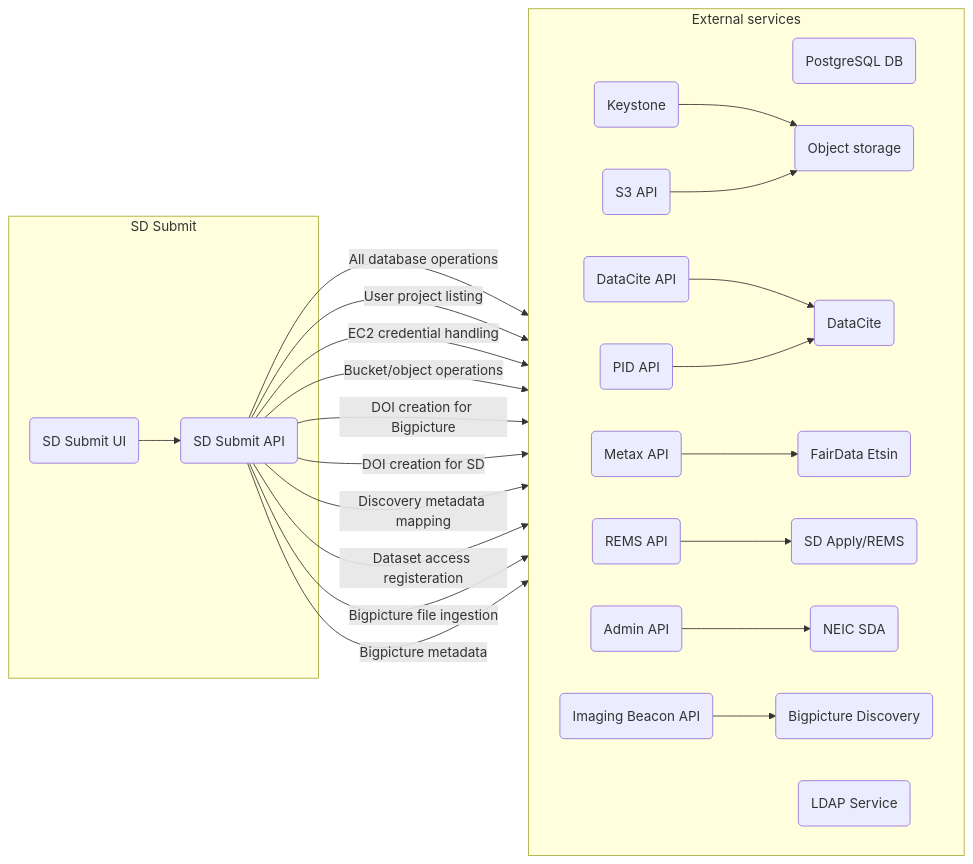
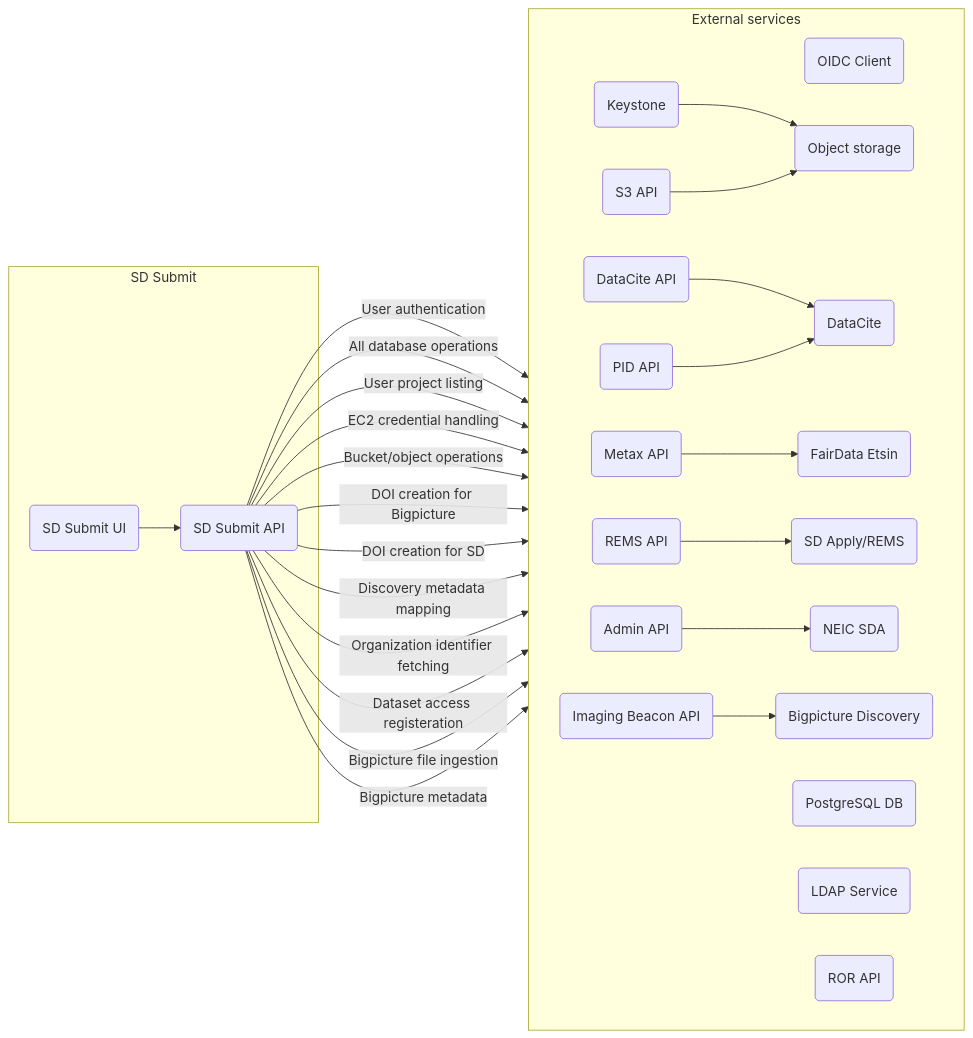
Before and after one commit to CSCfi/metadata-submitter: the diagram in README.md, drawn with Mermaid. The commit also changed other lines of this file and 1 other file, not shown here.

````diff
--- a/README.md
+++ b/README.md
@@ -26,19 +27,21 @@
 ```mermaid
 flowchart LR
     subgraph SD Submit
         UI(SD Submit UI) --> API(SD Submit API)
     end
     subgraph External services
         direction LR
+        API -->|User authentication| OIDC(OIDC Client)
         API -->|All database operations| Postgres(PostgreSQL DB)
         API -->|User project listing| LDAP(LDAP Service)
         API -->|EC2 credential handling| Keystone(Keystone) --> OS(Object storage)
         API -->|Bucket/object operations| Allas(S3 API) --> OS
         API -->|DOI creation for Bigpicture| DataCiteAPI(DataCite API) --> DataCite
         API -->|DOI creation for SD| PID(PID API) --> DataCite(DataCite)
         API -->|Discovery metadata mapping| Metax(Metax API) --> Fairdata-Etsin(FairData Etsin)
+        API -->|Organization identifier fetching| ROR(ROR API)
         API -->|Dataset access registeration| REMS(REMS API) --> Apply(SD Apply/REMS)
         API -->|Bigpicture file ingestion| Admin(Admin API) --> SDA(NEIC SDA)
         API -->|Bigpicture metadata| Beacon(Imaging Beacon API) --> BP-Discovery(Bigpicture Discovery)
     end
 ```
````
